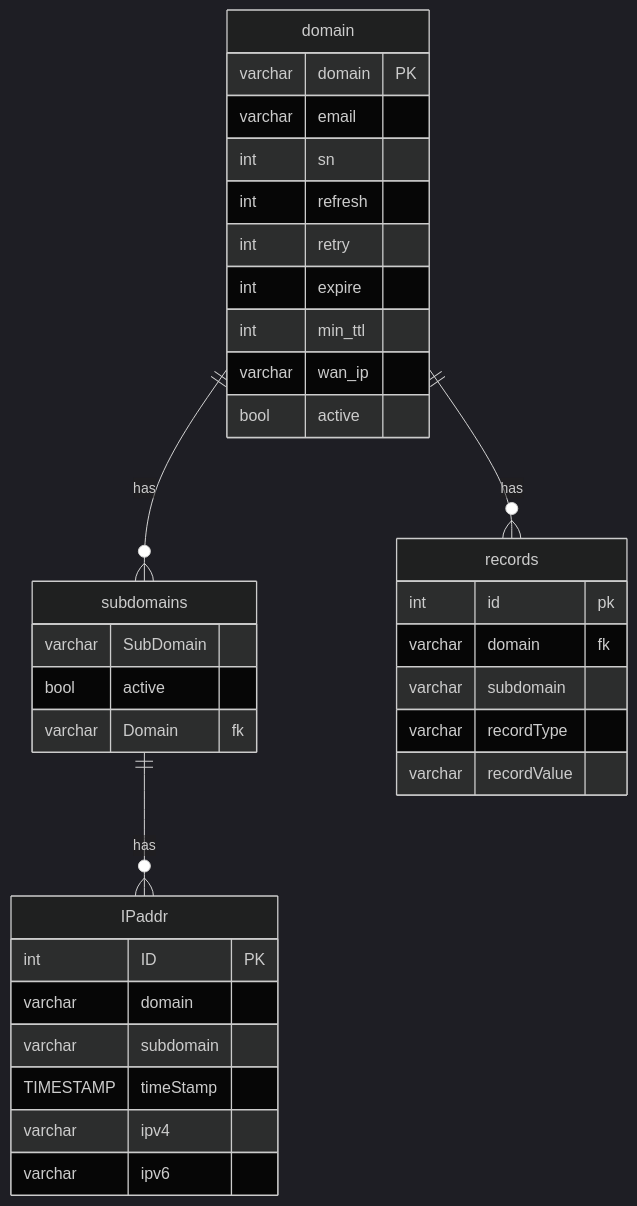
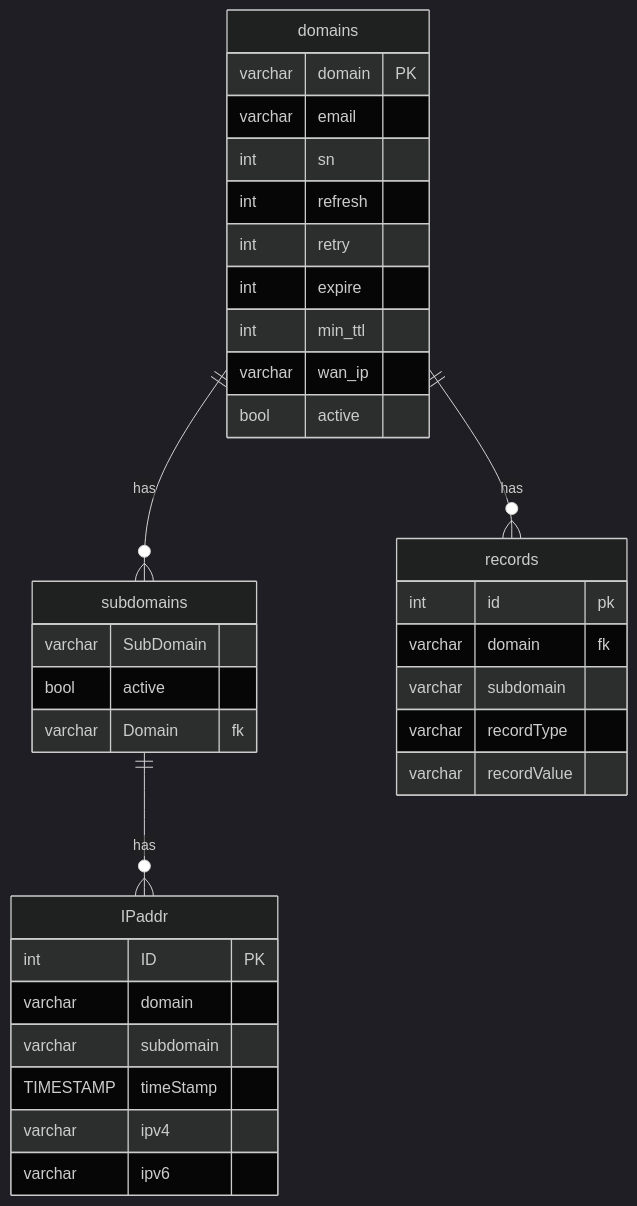
One commit to zyzyx159/gooseDNS-Server changed the diagram in Documentation/ERD.md. Above: the diagram before and after it, drawn with Mermaid. The commit also changed 5 other files, not shown here.

````diff
--- a/Documentation/ERD.md
+++ b/Documentation/ERD.md
@@ -1,38 +1,38 @@
 ```mermaid
 %%{init: {'theme':'dark'}}%%
 erDiagram
-	domain {
+	domains {
 		varchar domain PK
 		varchar email
 		int sn
 		int refresh
 		int retry
 		int expire
 		int min_ttl
 		varchar wan_ip
 		bool active		
 	}
 	subdomains {
 		varchar SubDomain
 		bool active
 		varchar Domain fk
 	}
 	records{
 		int id pk
 		varchar domain fk
 		varchar subdomain
 		varchar recordType
 		varchar recordValue
 	}
 	IPaddr{
 		int ID PK
 		varchar domain
 		varchar subdomain
 		TIMESTAMP timeStamp
 		varchar ipv4
 		varchar ipv6
 	}
-	domain ||--o{ records : "has"
-	domain ||--o{ subdomains : "has"
+	domains ||--o{ records : "has"
+	domains ||--o{ subdomains : "has"
 	subdomains ||--o{ IPaddr : "has"
 ```
````
